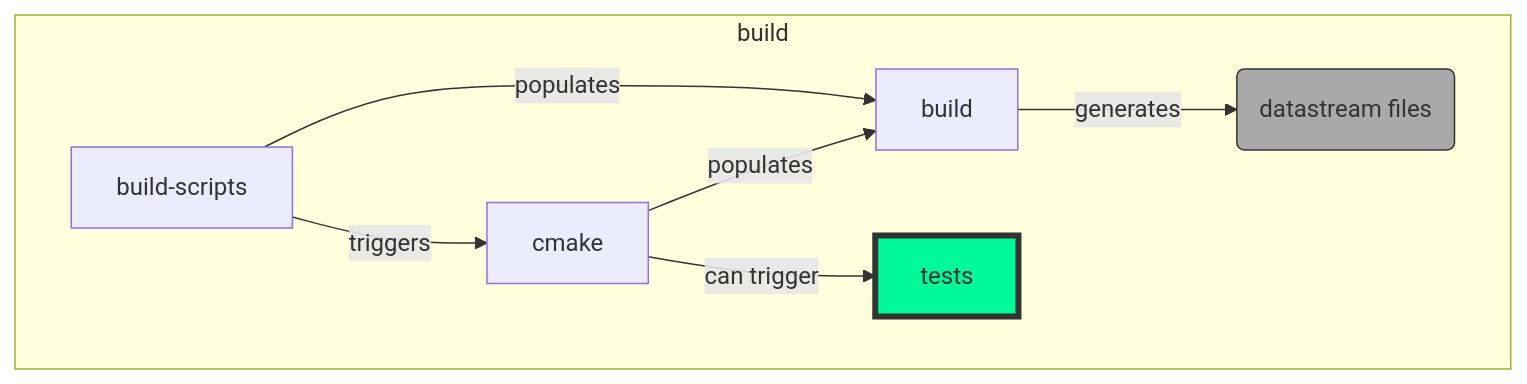
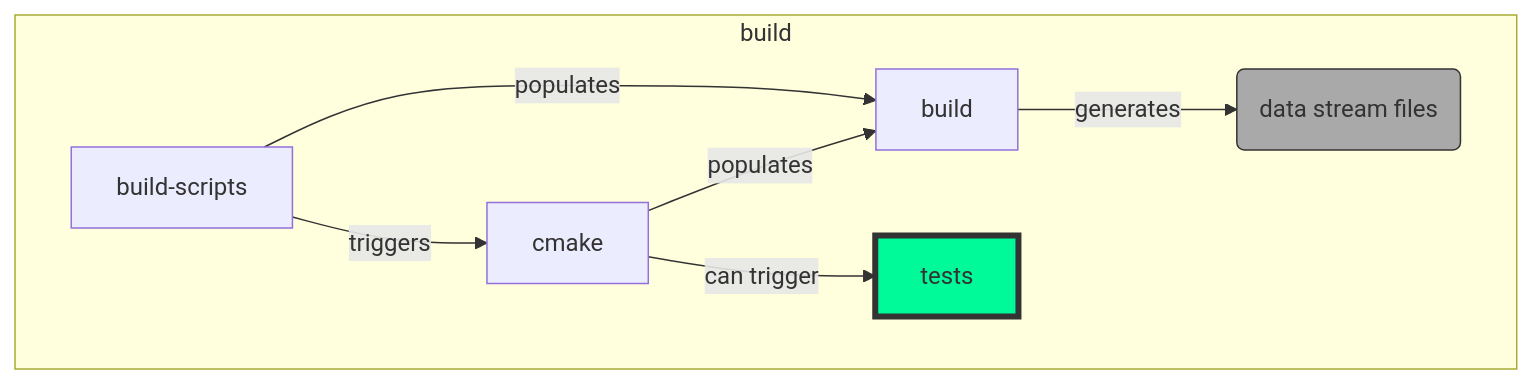
The diagram in docs/flowcharts/flowchart_build.md (ComplianceAsCode/content), drawn with Mermaid before and after one commit. The commit also changed 28 other files, not shown here.

```diff
--- a/docs/flowcharts/flowchart_build.md
+++ b/docs/flowcharts/flowchart_build.md
@@ -9,12 +9,12 @@
 <div class="mermaid" style="width=100%;">
 flowchart TD
     subgraph build
     110[build-scripts] --> |populates| 111[build]
-        111[build] --> |generates| 112(datastream files)
+        111[build] --> |generates| 112(data stream files)
     110[build-scripts] --> |triggers| 114[cmake]
         114[cmake] --> |populates| 111[build]
         114[cmake] --> |can trigger| 115[tests]
     end
     style 115 fill: #00FA9A,stroke:#333,stroke-width:4px
     style 112 fill: #A9A9A9,stroke:#333
 </div>
```
